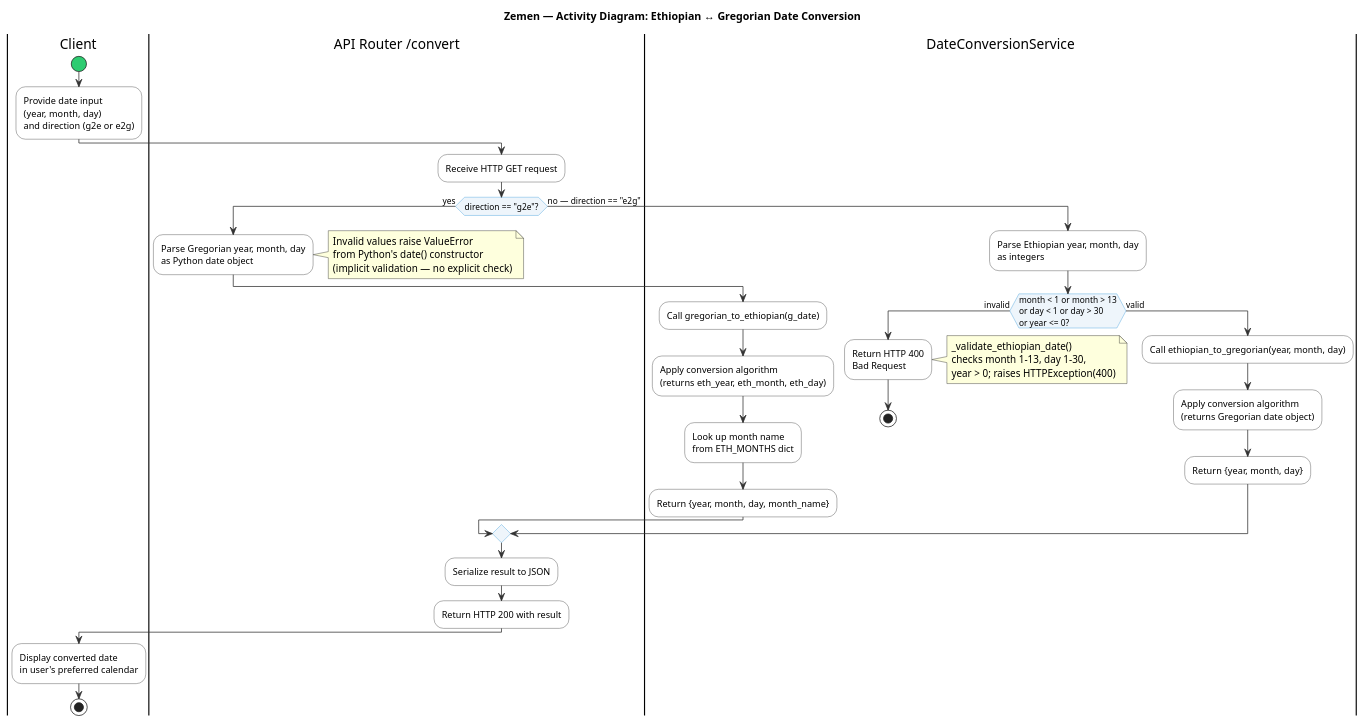
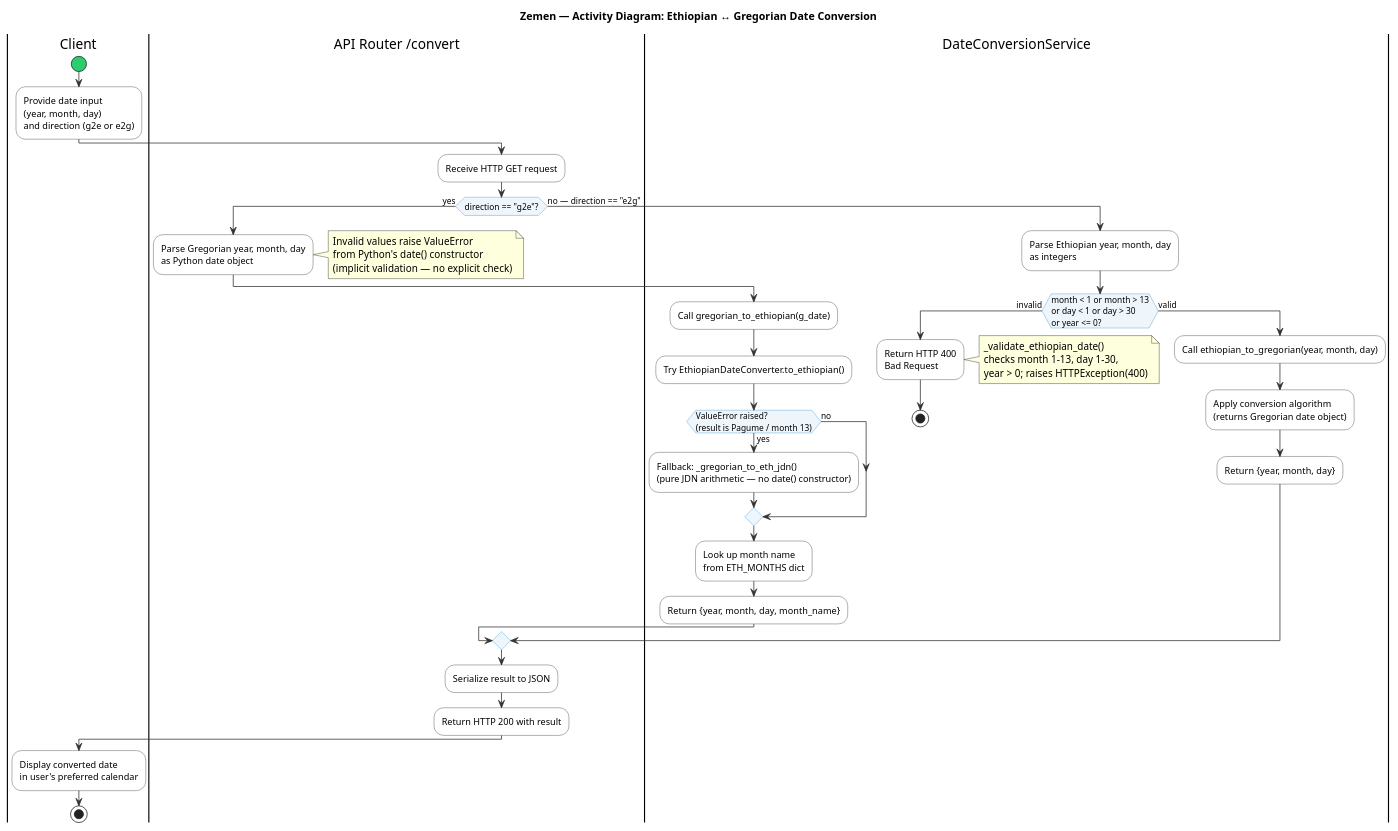
The diagram in docs/uml/activity_date_conversion.puml (aklesiaberihu/Dual-Calendar-), drawn with PlantUML before and after one commit. The commit also changed 18 other files, not shown here.

First line of the commit message:
uml: fix and re-render all 13 diagrams from corrected .puml sources

```diff
--- a/docs/uml/activity_date_conversion.puml
+++ b/docs/uml/activity_date_conversion.puml
@@ -1,55 +1,59 @@
 @startuml Activity_DateConversion
 title Zemen — Activity Diagram: Ethiopian ↔ Gregorian Date Conversion
 
 skinparam activity {
   BackgroundColor White
   BorderColor #333333
   ArrowColor #333333
   FontName Arial
 }
 skinparam ActivityDiamondBackgroundColor #EEF5FB
 skinparam ActivityDiamondBorderColor #3498db
 skinparam ActivityStartColor #2ECC71
 skinparam ActivityEndColor #E74C3C
 
 |Client|
 start
 :Provide date input\n(year, month, day)\nand direction (g2e or e2g);
 
 |API Router /convert|
 :Receive HTTP GET request;
 
 if (direction == "g2e"?) then (yes)
   :Parse Gregorian year, month, day\nas Python date object;
   note right: Invalid values raise ValueError\nfrom Python's date() constructor\n(implicit validation — no explicit check)
 
   |DateConversionService|
   :Call gregorian_to_ethiopian(g_date);
-  :Apply conversion algorithm\n(returns eth_year, eth_month, eth_day);
+  :Try EthiopianDateConverter.to_ethiopian();
+  if (ValueError raised?\n(result is Pagume / month 13)) then (yes)
+    :Fallback: _gregorian_to_eth_jdn()\n(pure JDN arithmetic — no date() constructor);
+  else (no)
+  endif
   :Look up month name\nfrom ETH_MONTHS dict;
   :Return {year, month, day, month_name};
 
 else (no — direction == "e2g")
   :Parse Ethiopian year, month, day\nas integers;
 
   if (month < 1 or month > 13\nor day < 1 or day > 30\nor year <= 0?) then (invalid)
     :Return HTTP 400\nBad Request;
     note right: _validate_ethiopian_date()\nchecks month 1-13, day 1-30,\nyear > 0; raises HTTPException(400)
     stop
   else (valid)
     |DateConversionService|
     :Call ethiopian_to_gregorian(year, month, day);
     :Apply conversion algorithm\n(returns Gregorian date object);
     :Return {year, month, day};
   endif
 endif
 
 |API Router /convert|
 :Serialize result to JSON;
 :Return HTTP 200 with result;
 
 |Client|
 :Display converted date\nin user's preferred calendar;
 stop
 
 @enduml
```
